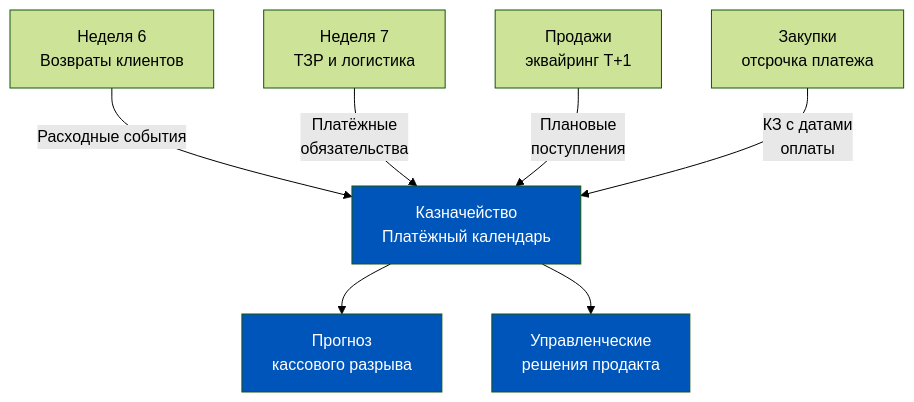
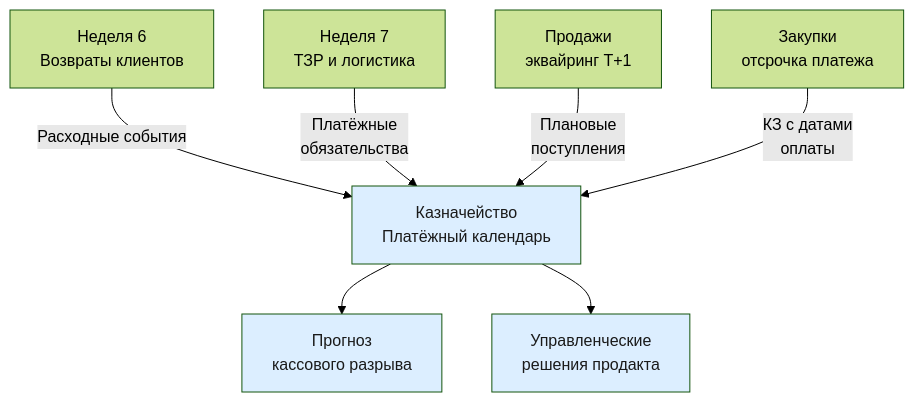
The tenth of 10 diagrams in content/1c-erp/week_8/Неделя 8 - День 3 - Казначейство и управление кэшем.md (murad1986/1c-erp-quartz), drawn with Mermaid (forest theme) before and after one commit. The commit also changed other lines of this file and 57 other files, not shown here.

First line of the commit message:
fix: Mermaid — пастельные цвета в источниках диаграмм (56 файлов)

````diff
--- a/content/1c-erp/week_8/Неделя 8 - День 3 - Казначейство и управление кэшем.md
+++ b/content/1c-erp/week_8/Неделя 8 - День 3 - Казначейство и управление кэшем.md
@@ -485,13 +485,13 @@
 ```mermaid
 flowchart TD
     W6[Неделя 6<br/>Возвраты клиентов] -->|Расходные события| TREASURY[Казначейство<br/>Платёжный календарь]
     W7[Неделя 7<br/>ТЗР и логистика] -->|Платёжные<br/>обязательства| TREASURY
     SALES[Продажи<br/>эквайринг T+1] -->|Плановые<br/>поступления| TREASURY
     PURCHASE[Закупки<br/>отсрочка платежа] -->|КЗ с датами<br/>оплаты| TREASURY
     TREASURY --> FORECAST[Прогноз<br/>кассового разрыва]
     TREASURY --> ACTION[Управленческие<br/>решения продакта]
 
-    style TREASURY fill:#0055BB,color:#fff
-    style FORECAST fill:#0055BB,color:#fff
-    style ACTION fill:#0055BB,color:#fff
+    style TREASURY fill:#dceeff,color:#1a1a1a
+    style FORECAST fill:#dceeff,color:#1a1a1a
+    style ACTION fill:#dceeff,color:#1a1a1a
 ```
````
